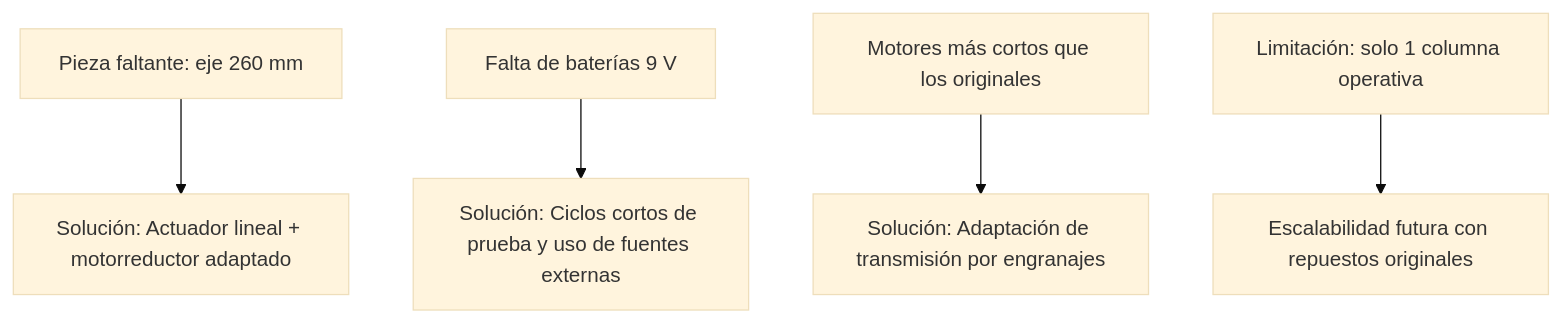
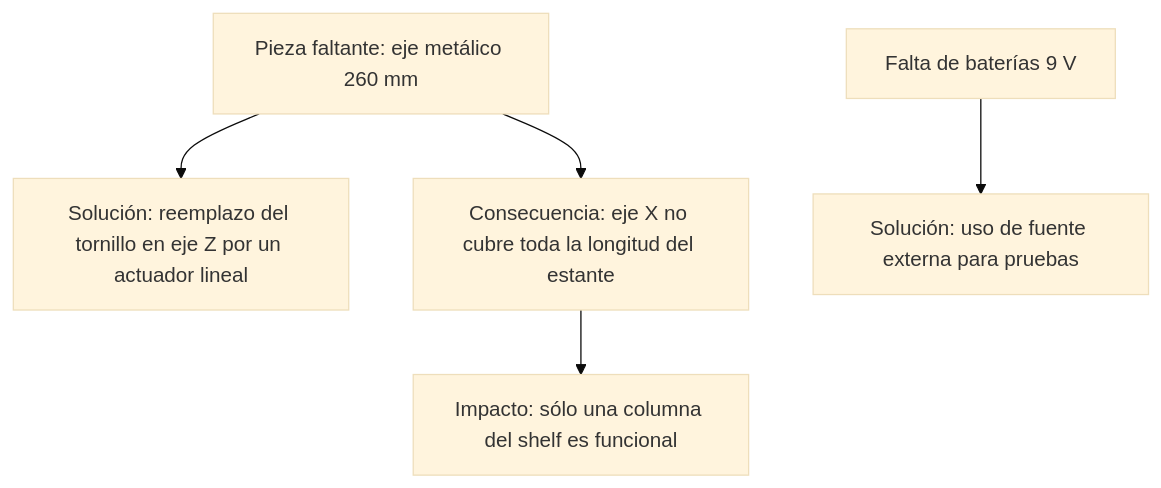
One commit to SB-312/Proyecto-Intermedio-IIoT changed the fourth of 4 diagrams in README.md. Above: the diagram before and after it, drawn with Mermaid (base theme). The commit also changed other lines of this file, not shown here.

````diff
--- a/README.md
+++ b/README.md
@@ -130,7 +133,8 @@
 ```mermaid
 graph TD
-    A[Pieza faltante: eje 260 mm] --> B[Solución: Actuador lineal + motorreductor adaptado]
-    C[Falta de baterías 9 V] --> D[Solución: Ciclos cortos de prueba y uso de fuentes externas]
-    E[Motores más cortos que los originales] --> F[Solución: Adaptación de transmisión por engranajes]
-    G[Limitación: solo 1 columna operativa] --> H[Escalabilidad futura con repuestos originales]
+    A[Pieza faltante: eje metálico 260 mm] --> B[Solución: reemplazo del tornillo en eje Z por un actuador lineal]
+    A --> C[Consecuencia: eje X no cubre toda la longitud del estante]
+    C --> D[Impacto: sólo una columna del shelf es funcional]
+
+    E[Falta de baterías 9 V] --> F[Solución: uso de fuente externa para pruebas]
 ```
````
